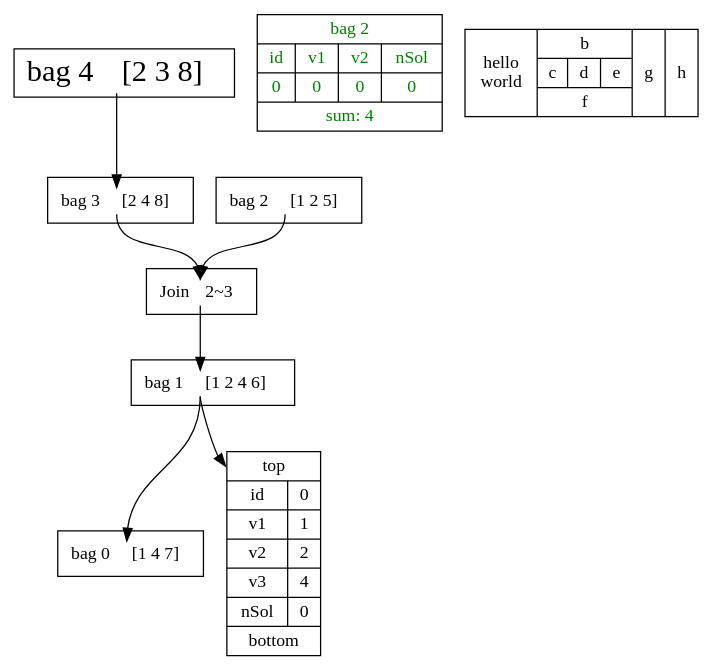
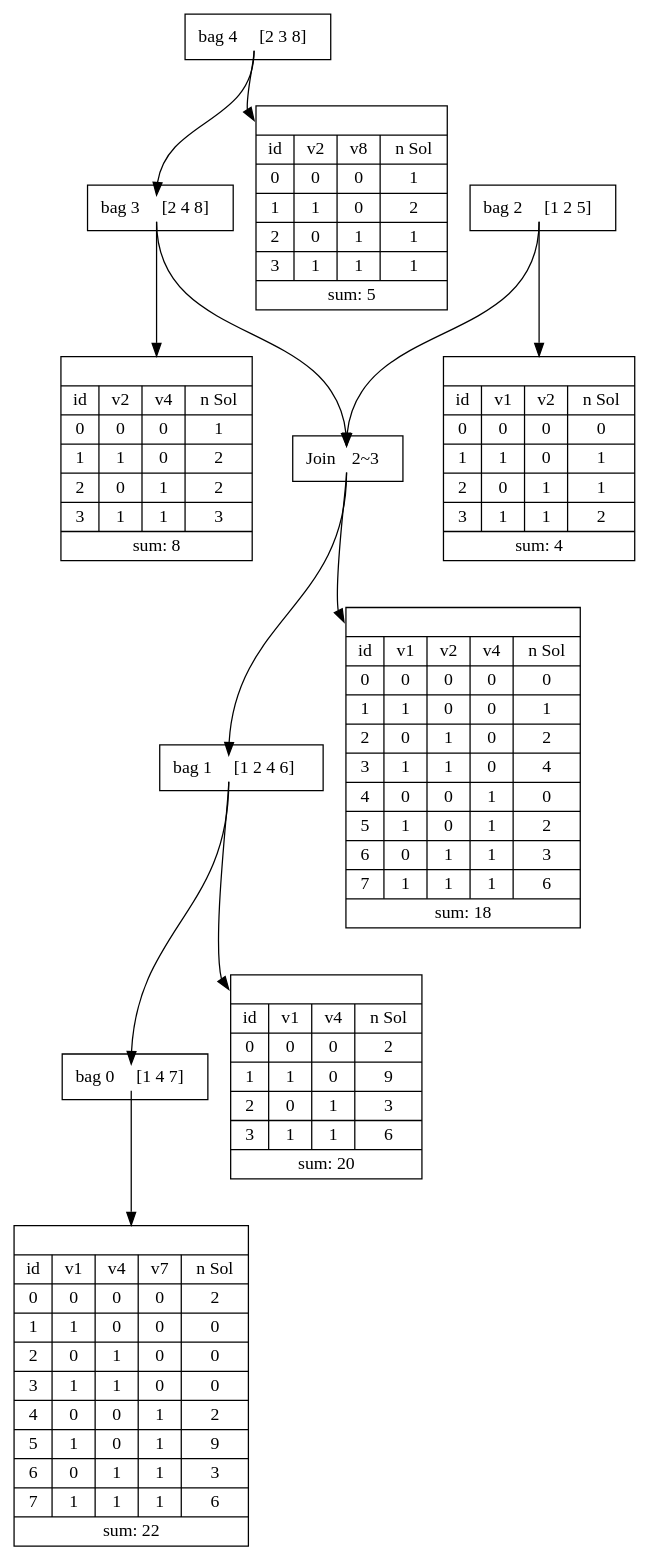
One commit to VaeterchenFrost/gpusat-VISU changed the diagram in satvisualization_repo/satvisu/gvtest.dot. Above: the diagram before and after it, drawn with Graphviz. The commit also changed 6 other files, not shown here.

```diff
--- a/satvisualization_repo/satvisu/gvtest.dot
+++ b/satvisualization_repo/satvisu/gvtest.dot
@@ -1,25 +1,33 @@
 digraph structs {
 	node [shape=rect]
 	bag4 [label=<<TABLE BORDER="0" CELLBORDER="0" CELLSPACING="0">
-              <TR><TD BGCOLOR="white">bag 4</TD><TD PORT="anchor"></TD><TD>[2 3 8]</TD></TR></TABLE>> fontsize=24]
+              <TR><TD BGCOLOR="white">bag 4</TD><TD PORT="anchor"></TD><TD>[2 3 8]</TD></TR></TABLE>>]
 	bag3 [label=<<TABLE BORDER="0" CELLBORDER="0" CELLSPACING="0">
               <TR><TD BGCOLOR="white">bag 3</TD><TD PORT="anchor"></TD><TD>[2 4 8]</TD></TR></TABLE>>]
 	join1 [label=<<TABLE BORDER="0" CELLBORDER="0" CELLSPACING="0">
               <TR><TD BGCOLOR="white">Join</TD><TD PORT="anchor"></TD><TD>2~3</TD></TR></TABLE>>]
 	bag2 [label=<<TABLE BORDER="0" CELLBORDER="0" CELLSPACING="0">
               <TR><TD BGCOLOR="white">bag 2</TD><TD PORT="anchor"></TD><TD>[1 2 5]</TD></TR></TABLE>>]
 	bag1 [label=<<TABLE BORDER="0" CELLBORDER="0" CELLSPACING="0">
               <TR><TD BGCOLOR="white">bag 1</TD><TD PORT="anchor"></TD><TD>[1 2 4 6]</TD></TR></TABLE>>]
 	bag0 [label=<<TABLE BORDER="0" CELLBORDER="0" CELLSPACING="0">
               <TR><TD BGCOLOR="white">bag 0</TD><TD PORT="anchor"></TD><TD>[1 4 7]</TD></TR></TABLE>>]
 	node [shape=record]
-	etest [label="{<anchor> top|{{id|v1|v2|v3|nSol}|{0|1|2|4|0}}|bottom}"]
-	sol4 [label="{<f0> bag 2|{{id|0}|{v1|0}|{ v2|0}|{ nSol|0}}|sum: 4}" fontcolor=green]
-	hi [label="hello\nworld |{ b |{c|<here> d|e}| f}| g | h"]
+	sol2 [label="{<anchor> |{{id|0|1|2|3}|{v1|0|1|0|1}|{v2|0|0|1|1}|{n Sol|0|1|1|2}}|sum: 4}"]
+	sol4 [label="{<anchor> |{{id|0|1|2|3}|{v2|0|1|0|1}|{v8|0|0|1|1}|{n Sol|1|2|1|1}}|sum: 5}"]
+	sol3 [label="{<anchor> |{{id|0|1|2|3}|{v2|0|1|0|1}|{v4|0|0|1|1}|{n Sol|1|2|2|3}}|sum: 8}"]
+	solJoin1 [label="{<anchor> |{{id|0|1|2|3|4|5|6|7}|{v1|0|1|0|1|0|1|0|1}|{v2|0|0|1|1|0|0|1|1}|{v4|0|0|0|0|1|1|1|1}|{n Sol|0|1|2|4|0|2|3|6}}|sum: 18}"]
+	sol1 [label="{<anchor> |{{id|0|1|2|3}|{v1|0|1|0|1}|{v4|0|0|1|1}|{n Sol|2|9|3|6}}|sum: 20}"]
+	sol0 [label="{<anchor> |{{id|0|1|2|3|4|5|6|7}|{v1|0|1|0|1|0|1|0|1}|{v4|0|0|1|1|0|0|1|1}|{v7|0|0|0|0|1|1|1|1}|{n Sol|2|0|0|0|2|9|3|6}}|sum: 22}"]
 	bag4:anchor -> bag3:anchor
 	bag2:anchor -> join1:anchor
 	bag3:anchor -> join1:anchor
 	join1:anchor -> bag1:anchor
 	bag1:anchor -> bag0:anchor
-	bag1:anchor -> etest:anchor
+	bag4:anchor -> sol4:anchor
+	bag3:anchor -> sol3:anchor
+	bag2:anchor -> sol2:anchor
+	bag1:anchor -> sol1:anchor
+	bag0:anchor -> sol0:anchor
+	join1:anchor -> solJoin1:anchor
 }
```
